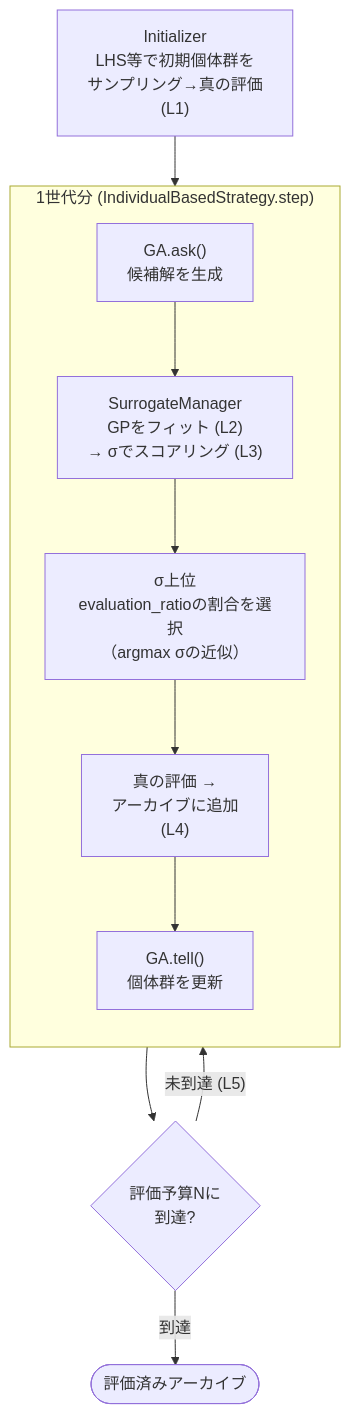
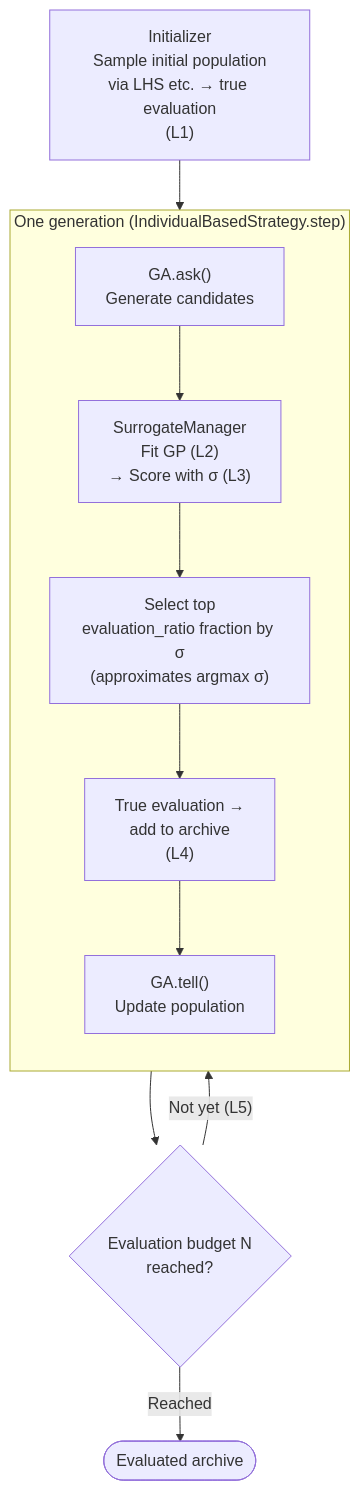
The diagram in docs/algorithms/maxunc.md (shlka/saealib), drawn with Mermaid before and after one commit. The commit also changed other lines of this file and 50 other files, not shown here.

````diff
--- a/docs/algorithms/maxunc.md
+++ b/docs/algorithms/maxunc.md
@@ -38,14 +38,14 @@
 ```{mermaid}
 flowchart TD
-    INIT["Initializer<br/>LHS等で初期個体群を<br/>サンプリング→真の評価<br/>(L1)"] --> ASK
-    subgraph GEN["1世代分 (IndividualBasedStrategy.step)"]
+    INIT["Initializer<br/>Sample initial population<br/>via LHS etc. → true evaluation<br/>(L1)"] --> ASK
+    subgraph GEN["One generation (IndividualBasedStrategy.step)"]
         direction TB
-        ASK["GA.ask()<br/>候補解を生成"] --> SCORE["SurrogateManager<br/>GPをフィット (L2)<br/>→ σでスコアリング (L3)"]
-        SCORE --> SORT["σ上位<br/>evaluation_ratioの割合を選択<br/>（argmax σの近似）"]
-        SORT --> EVAL["真の評価 →<br/>アーカイブに追加<br/>(L4)"]
-        EVAL --> TELL["GA.tell()<br/>個体群を更新"]
+        ASK["GA.ask()<br/>Generate candidates"] --> SCORE["SurrogateManager<br/>Fit GP (L2)<br/>→ Score with σ (L3)"]
+        SCORE --> SORT["Select top<br/>evaluation_ratio fraction by σ<br/>(approximates argmax σ)"]
+        SORT --> EVAL["True evaluation →<br/>add to archive<br/>(L4)"]
+        EVAL --> TELL["GA.tell()<br/>Update population"]
     end
-    GEN --> TERM{"評価予算Nに<br/>到達?"}
-    TERM -- "未到達 (L5)" --> ASK
-    TERM -- "到達" --> RESULT(["評価済みアーカイブ"])
+    GEN --> TERM{"Evaluation budget N<br/>reached?"}
+    TERM -- "Not yet (L5)" --> ASK
+    TERM -- "Reached" --> RESULT(["Evaluated archive"])
 ```
````
